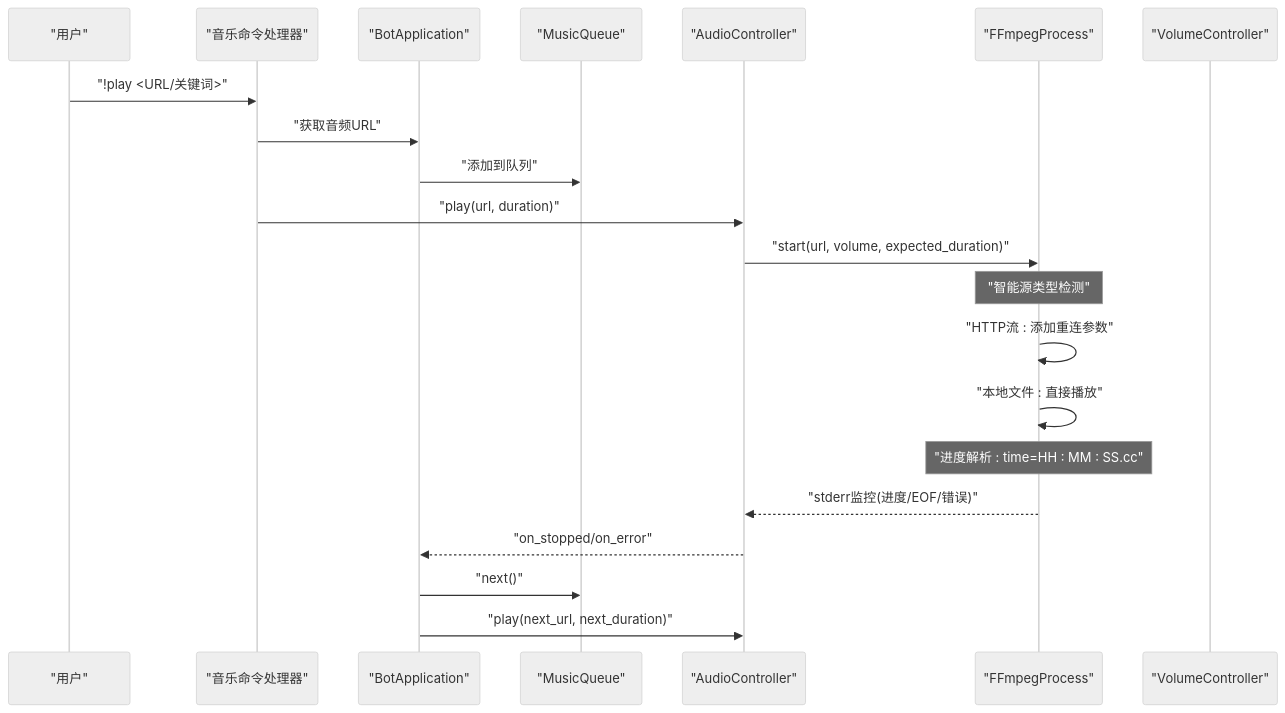
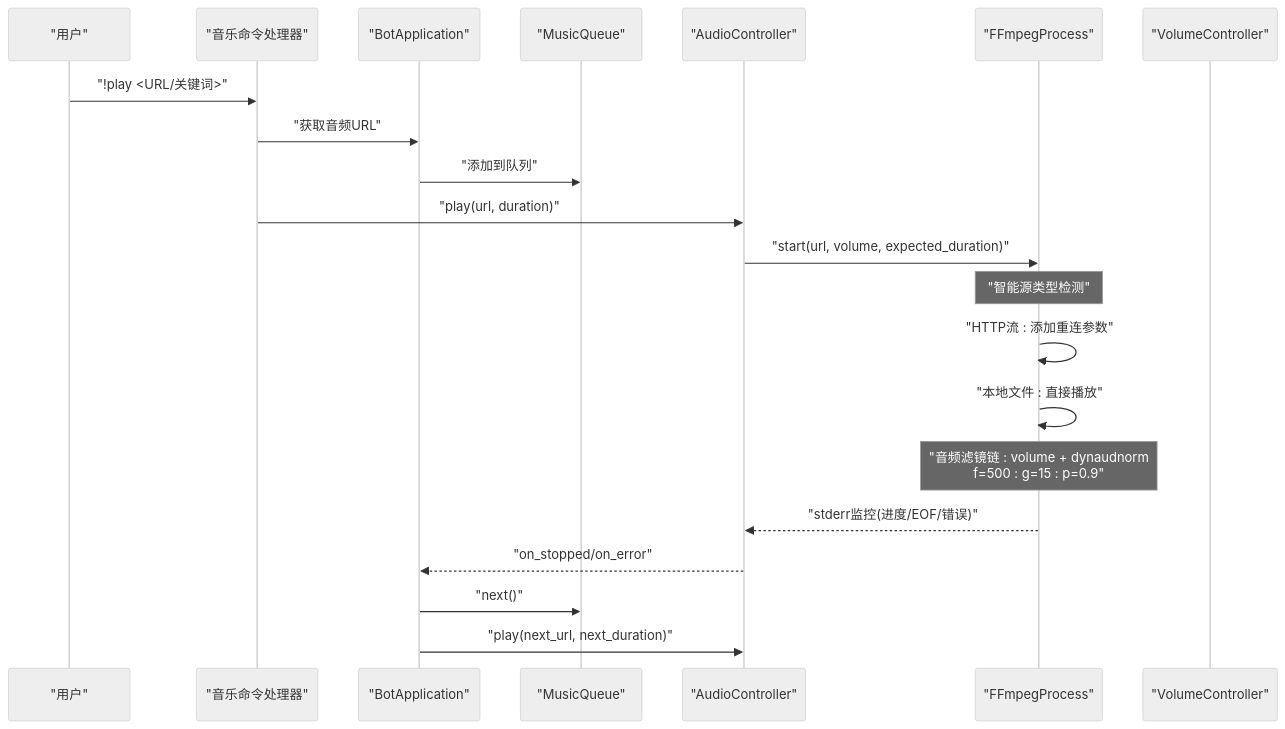
One commit to GhoulOwl/Teamspeak3_Bot changed the second of 7 diagrams in .qoder/repowiki/zh/content/音乐播放系统/FFmpeg集成.md. Above: the diagram before and after it, drawn with Mermaid (neutral theme). The commit also changed other lines of this file and 13 other files, not shown here.

````diff
--- a/.qoder/repowiki/zh/content/音乐播放系统/FFmpeg集成.md
+++ b/.qoder/repowiki/zh/content/音乐播放系统/FFmpeg集成.md
@@ -130,23 +137,23 @@
 ```mermaid
 sequenceDiagram
 participant U as "用户"
 participant CMD as "音乐命令处理器"
 participant APP as "BotApplication"
 participant MQ as "MusicQueue"
 participant AC as "AudioController"
 participant FF as "FFmpegProcess"
 participant VC as "VolumeController"
 U->>CMD : "!play <URL/关键词>"
 CMD->>APP : "获取音频URL"
 APP->>MQ : "添加到队列"
 CMD->>AC : "play(url, duration)"
 AC->>FF : "start(url, volume, expected_duration)"
 Note over FF : "智能源类型检测"
 FF->>FF : "HTTP流 : 添加重连参数"
 FF->>FF : "本地文件 : 直接播放"
-Note over FF : "进度解析 : time=HH : MM : SS.cc"
+Note over FF : "音频滤镜链 : volume + dynaudnorm<br/>f=500 : g=15 : p=0.9"
 FF-->>AC : "stderr监控(进度/EOF/错误)"
 AC-->>APP : "on_stopped/on_error"
 APP->>MQ : "next()"
 APP->>AC : "play(next_url, next_duration)"
 ```
````
